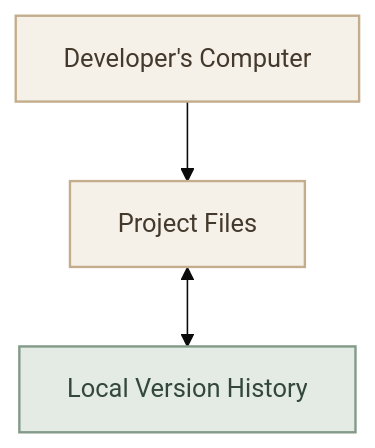
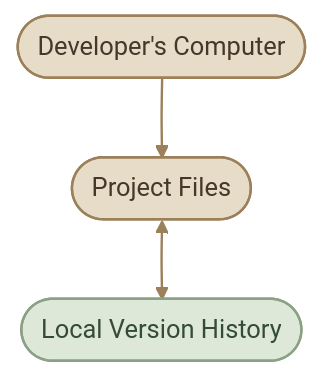
One commit to mustafammasoud/ops-handbook changed the second of 6 diagrams in content/version-control/Git and GitHub/version-control-fundamentals.mdx. Above: the diagram before and after it, drawn with Mermaid (base theme). The commit also changed other lines of this file and 17 other files, not shown here.

````diff
--- a/content/version-control/Git and GitHub/version-control-fundamentals.mdx
+++ b/content/version-control/Git and GitHub/version-control-fundamentals.mdx
@@ -90,15 +98,17 @@
 ```mermaid
 flowchart TB
-    D["Developer's Computer"]
-    P["Project Files"]
-    V["Local Version History"]
+    D(["Developer's Computer"])
+    P(["Project Files"])
+    V(["Local Version History"])
 
     D --> P
     P <--> V
 
-    classDef device fill:#F6F1E8,stroke:#C3AD8C,color:#44392D,stroke-width:1.5px
-    classDef history fill:#E3EBE4,stroke:#829A87,color:#33483A,stroke-width:1.5px
+    classDef device fill:#E7DCC8,stroke:#9B8059,color:#46372A,stroke-width:1.5px
+    classDef history fill:#DDE8D8,stroke:#8AA184,color:#344B38,stroke-width:1.5px
 
     class D,P device
     class V history
+
+    linkStyle default stroke:#9B8059,stroke-width:1.5px
 ```
````
